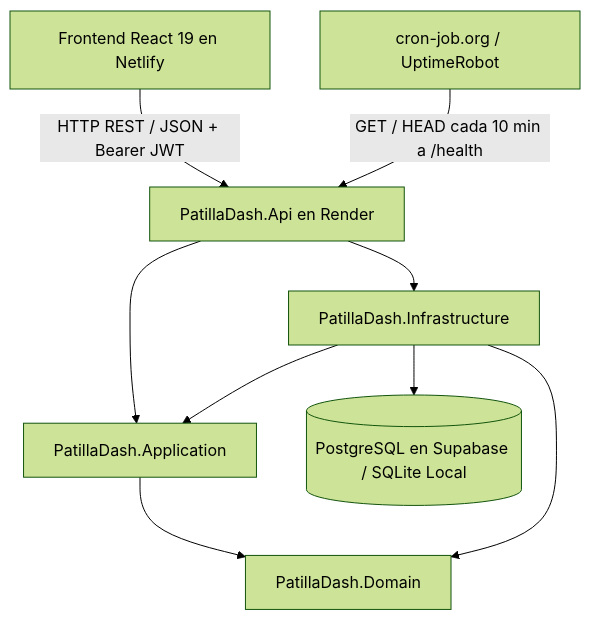
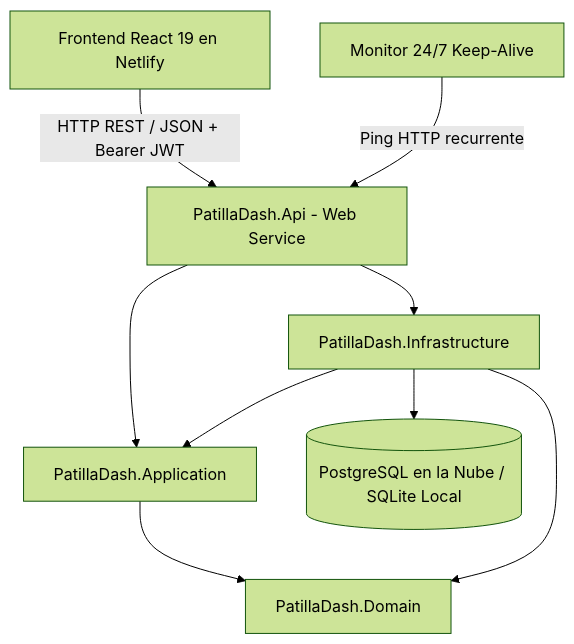
One commit to pachecoedgardo2006-coder/PatillaDash changed the diagram in README.md. Above: the diagram before and after it, drawn with Mermaid (forest theme). The commit also changed other lines of this file and 1 other file, not shown here.

````diff
--- a/README.md
+++ b/README.md
@@ -83,11 +80,11 @@
 ```mermaid
 graph TD
-    Client[Frontend React 19 en Netlify] -->|HTTP REST / JSON + Bearer JWT| API[PatillaDash.Api en Render]
+    Client[Frontend React 19 en Netlify] -->|HTTP REST / JSON + Bearer JWT| API[PatillaDash.Api - Web Service]
     API --> Application[PatillaDash.Application]
     API --> Infrastructure[PatillaDash.Infrastructure]
     Infrastructure --> Application
     Application --> Domain[PatillaDash.Domain]
     Infrastructure --> Domain
-    Infrastructure --> DB[(PostgreSQL en Supabase / SQLite Local)]
-    Cron[cron-job.org / UptimeRobot] -->|GET / HEAD cada 10 min a /health| API
+    Infrastructure --> DB[(PostgreSQL en la Nube / SQLite Local)]
+    Cron[Monitor 24/7 Keep-Alive] -->|Ping HTTP recurrente| API
 ```
````
